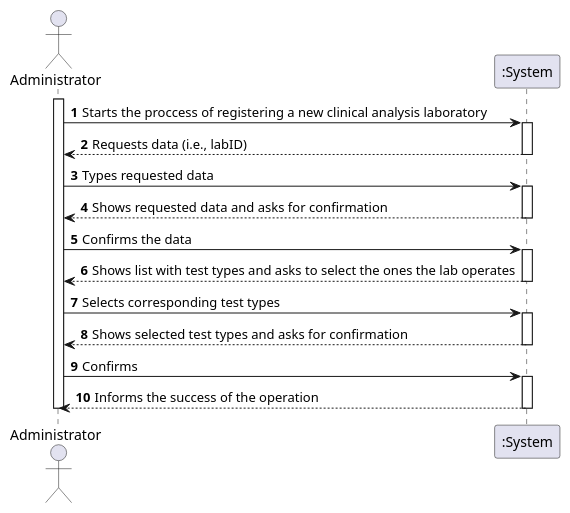
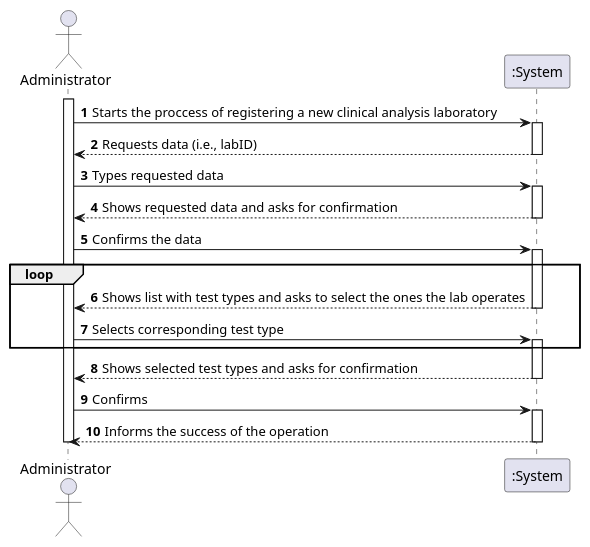
Before and after one commit to 0franciscor/lei-21-s2-1de-g19: the diagram in docs/SprintB/US08/US8_SSD.puml, drawn with PlantUML. The commit also changed 1 other file, not shown here.

```diff
--- a/docs/SprintB/US08/US8_SSD.puml
+++ b/docs/SprintB/US08/US8_SSD.puml
@@ -1,38 +1,42 @@
 @startuml
 autonumber
 
 
 actor "Administrator" as ADMIN
 
 participant ":System" as SYST
 
 activate ADMIN
 ADMIN -> SYST : Starts the proccess of registering a new clinical analysis laboratory
 activate SYST
 SYST --> ADMIN : Requests data (i.e., labID) 
 deactivate SYST
 
 
 ADMIN -> SYST : Types requested data
 activate SYST
 SYST --> ADMIN : Shows requested data and asks for confirmation
 deactivate SYST
 
 ADMIN -> SYST : Confirms the data
 activate SYST
+
+loop
 SYST --> ADMIN : Shows list with test types and asks to select the ones the lab operates
 deactivate SYST
 
-ADMIN -> SYST : Selects corresponding test types
+ADMIN -> SYST : Selects corresponding test type
 activate SYST
+end 
+
 SYST --> ADMIN : Shows selected test types and asks for confirmation
 deactivate SYST
 
 ADMIN -> SYST : Confirms
 activate SYST
 SYST --> ADMIN : Informs the success of the operation
 deactivate SYST
 
 deactivate ADMIN
 
 @enduml
```
